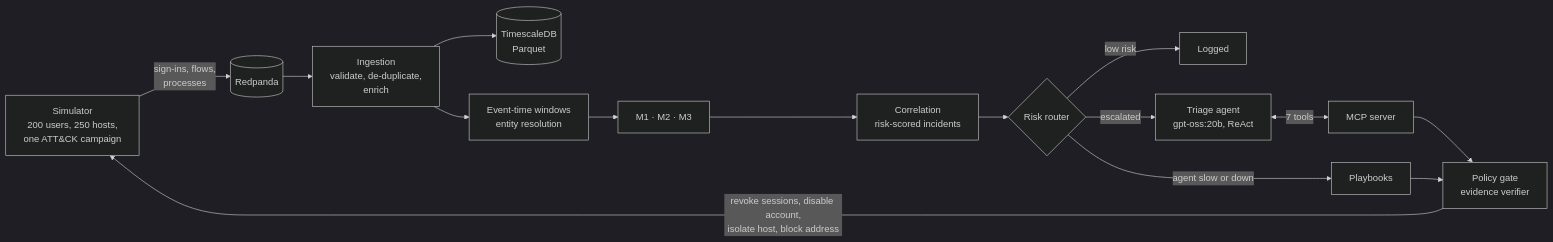
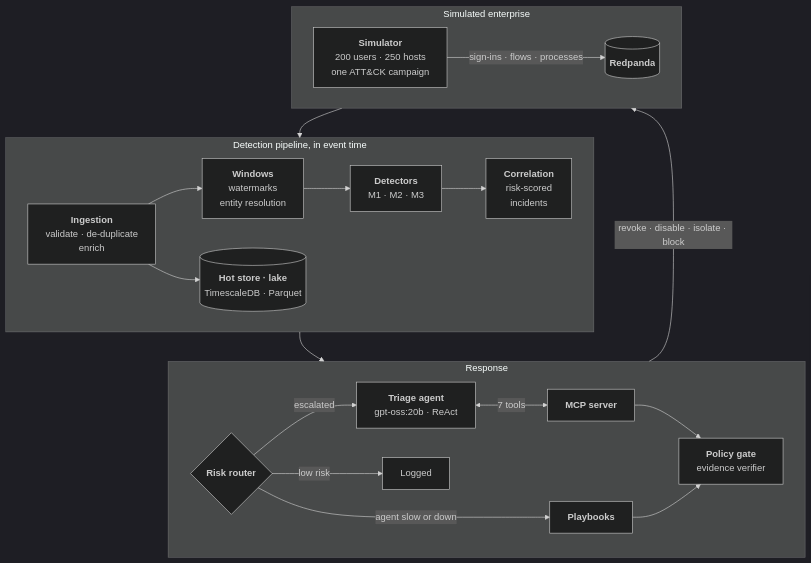
The diagram in README.md (Chris91ss/ai4ci-agentic-soc), drawn with Mermaid (dark theme) before and after one commit.

Commit message:
docs: lay the incident flow out in three bands
GitHub scaled the diagram's single left-to-right row of thirteen nodes
down to the README's width, so its labels could not be read, and the
diagram's zoom controls covered the policy gate. The enterprise, the
detection pipeline and the response are now stacked bands, each read
left to right, with containment going back up to the simulator.

````diff
--- a/README.md
+++ b/README.md
@@ -97,17 +97,25 @@
 ```mermaid
-flowchart LR
-    sim["Simulator<br/>200 users, 250 hosts,<br/>one ATT&CK campaign"] -- "sign-ins, flows,<br/>processes" --> broker[("Redpanda")]
-    broker --> ingest["Ingestion<br/>validate, de-duplicate,<br/>enrich"]
-    ingest --> store[("TimescaleDB<br/>Parquet")]
-    ingest --> windows["Event-time windows<br/>entity resolution"]
-    windows --> detectors["M1 · M2 · M3"]
-    detectors --> correlation["Correlation<br/>risk-scored incidents"]
-    correlation --> router{"Risk router"}
-    router -- "low risk" --> logged["Logged"]
-    router -- "escalated" --> agent["Triage agent<br/>gpt-oss:20b, ReAct"]
-    router -- "agent slow or down" --> playbooks["Playbooks"]
-    agent <-- "7 tools" --> mcp["MCP server"]
-    mcp --> gate["Policy gate<br/>evidence verifier"]
-    playbooks --> gate
-    gate -- "revoke sessions, disable account,<br/>isolate host, block address" --> sim
+flowchart TB
+    %% declared bottom-up so that the layout reads top-down
+    subgraph response ["Response"]
+        direction LR
+        router{"<b>Risk router</b>"} -- "escalated" --> agent["<b>Triage agent</b><br/>gpt-oss:20b · ReAct"]
+        router -- "low risk" --> logged["Logged"]
+        router -- "agent slow or down" --> playbooks["<b>Playbooks</b>"]
+        agent <-- "7 tools" --> mcp["<b>MCP server</b>"]
+        mcp --> gate["<b>Policy gate</b><br/>evidence verifier"]
+        playbooks --> gate
+    end
+    subgraph pipeline ["Detection pipeline, in event time"]
+        direction LR
+        ingest["<b>Ingestion</b><br/>validate · de-duplicate<br/>enrich"] --> windows["<b>Windows</b><br/>watermarks<br/>entity resolution"]
+        windows --> detectors["<b>Detectors</b><br/>M1 · M2 · M3"] --> correlation["<b>Correlation</b><br/>risk-scored<br/>incidents"]
+        ingest --> store[("<b>Hot store · lake</b><br/>TimescaleDB · Parquet")]
+    end
+    subgraph enterprise ["Simulated enterprise"]
+        direction LR
+        sim["<b>Simulator</b><br/>200 users · 250 hosts<br/>one ATT&CK campaign"] -- "sign-ins · flows · processes" --> broker[("<b>Redpanda</b>")]
+    end
+    enterprise --> pipeline --> response
+    response -- "revoke · disable · isolate · block" --> enterprise
 ```
````
